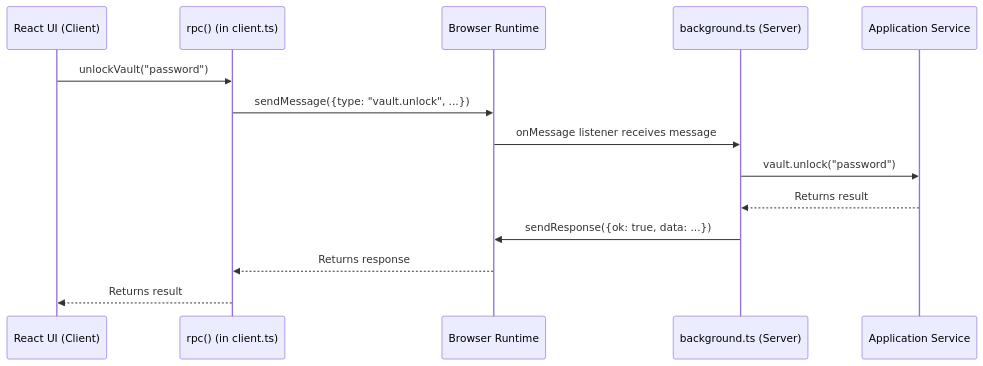
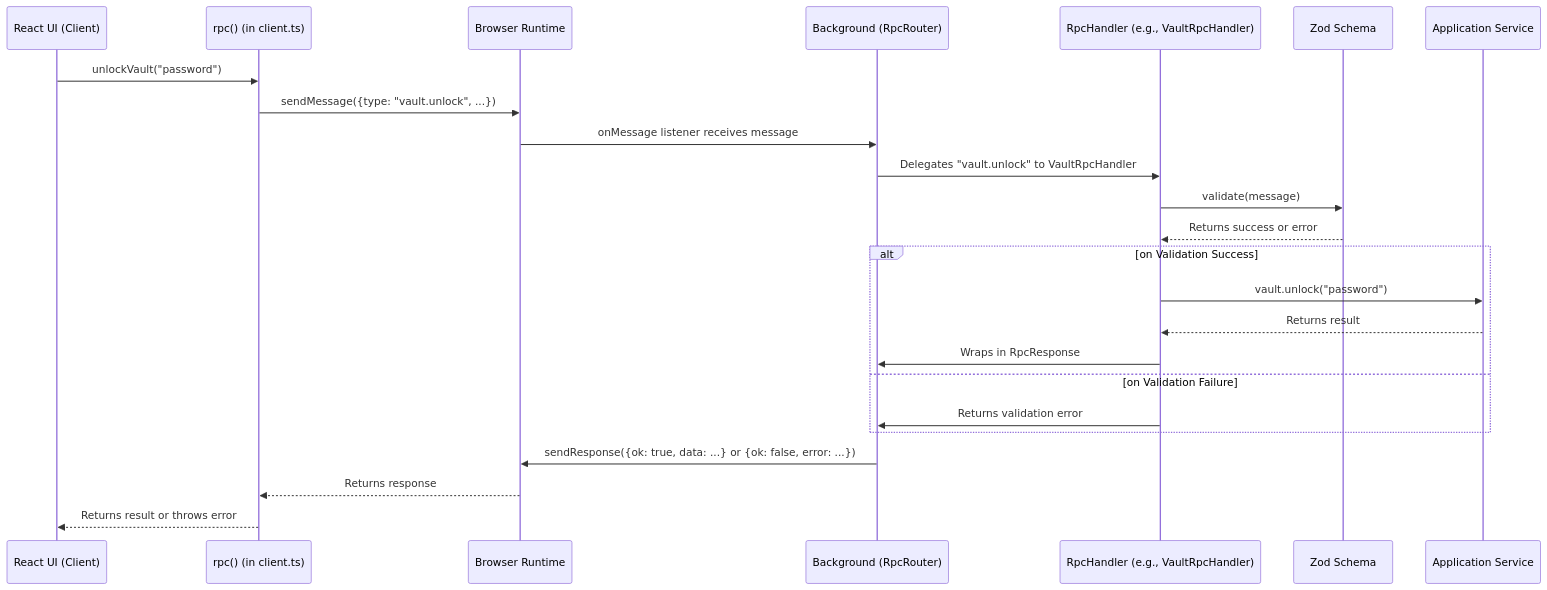
One commit to macro88/ostrilo changed the second of 2 diagrams in docs/architecture_primer.md. Above: the diagram before and after it, drawn with Mermaid. The commit also changed other lines of this file and 22 other files, not shown here.

````diff
--- a/docs/architecture_primer.md
+++ b/docs/architecture_primer.md
@@ -123,17 +243,27 @@
 ```mermaid
 sequenceDiagram
     participant UI as React UI (Client)
     participant Client as rpc() (in client.ts)
     participant Browser as Browser Runtime
-    participant Background as background.ts (Server)
+    participant Router as Background (RpcRouter)
+    participant Handler as RpcHandler (e.g., VaultRpcHandler)
+    participant Validator as Zod Schema
     participant Service as Application Service
 
     UI->>Client: unlockVault("password")
     Client->>Browser: sendMessage({type: "vault.unlock", ...})
-    Browser->>Background: onMessage listener receives message
-    Background->>Service: vault.unlock("password")
-    Service-->>Background: Returns result
-    Background->>Browser: sendResponse({ok: true, data: ...})
+    Browser->>Router: onMessage listener receives message
+    Router->>Handler: Delegates "vault.unlock" to VaultRpcHandler
+    Handler->>Validator: validate(message)
+    Validator-->>Handler: Returns success or error
+    alt on Validation Success
+        Handler->>Service: vault.unlock("password")
+        Service-->>Handler: Returns result
+        Handler->>Router: Wraps in RpcResponse
+    else on Validation Failure
+        Handler->>Router: Returns validation error
+    end
+    Router->>Browser: sendResponse({ok: true, data: ...} or {ok: false, error: ...})
     Browser-->>Client: Returns response
-    Client-->>UI: Returns result
+    Client-->>UI: Returns result or throws error
 ```
````
